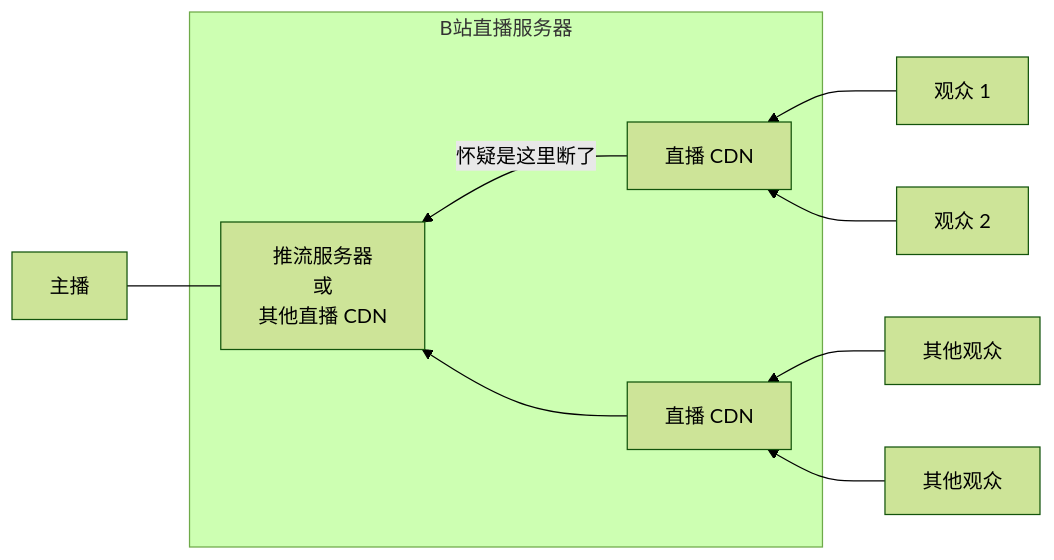
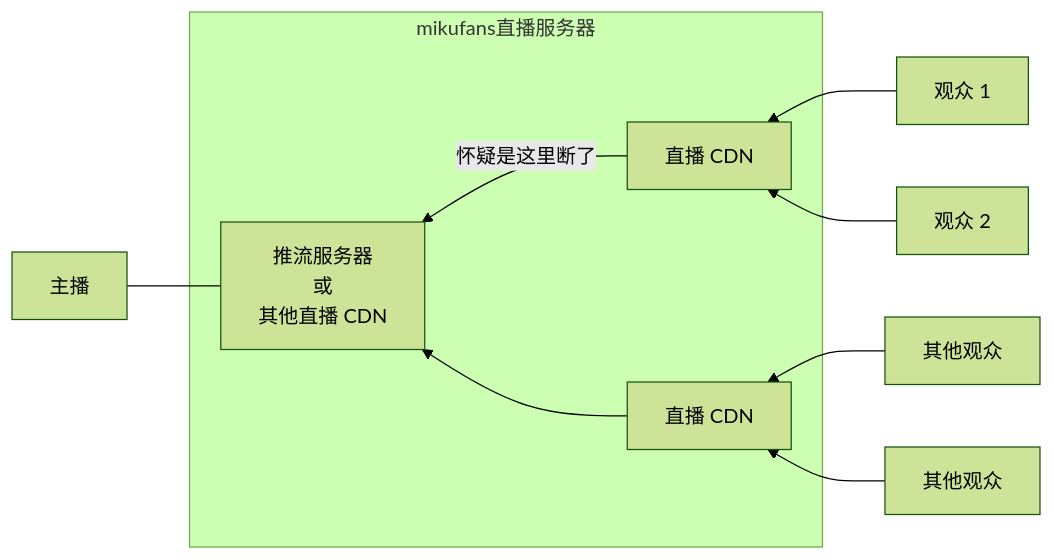
Before and after one commit to BililiveRecorder/website: the diagram in docs/user/settings.md, drawn with Mermaid (forest theme). The commit also changed 18 other files, not shown here.

````diff
--- a/docs/user/settings.md
+++ b/docs/user/settings.md
@@ -134,14 +134,14 @@
 ```mermaid
 flowchart RL
-  subgraph B站直播服务器
+  subgraph mikufans直播服务器
     s1
     c
     c1
   end
   s1[推流服务器<br>或<br>其他直播 CDN] --- s[主播]
   c[直播 CDN] --怀疑是这里断了--> s1
   z11[其他观众] --> c1[直播 CDN] --> s1
   z12[其他观众] --> c1
   p1[观众 1] --> c
   p2[观众 2] --> c
 ```
````
